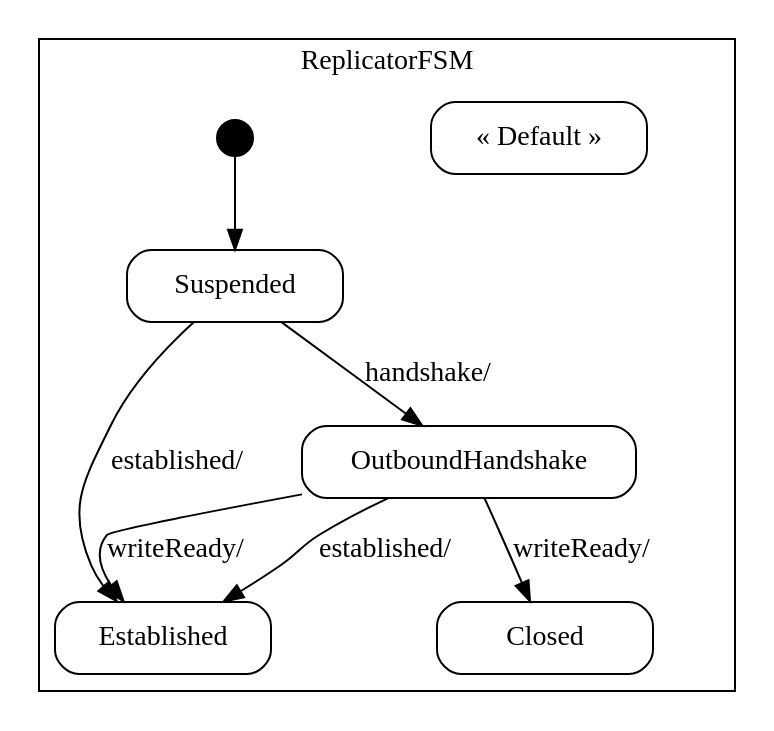
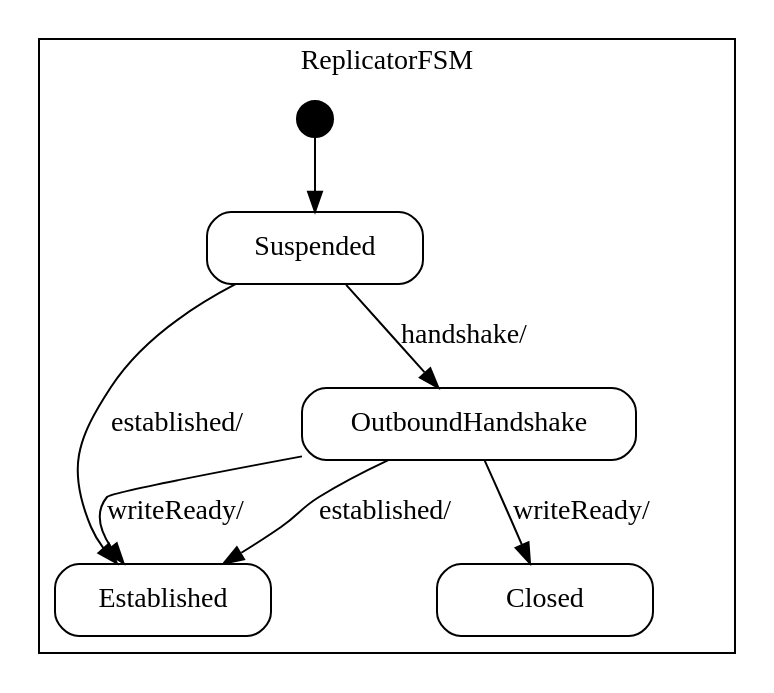
One commit to vmehra-sfdc/Ouroboros changed the diagram in spindle/doc/Replicator_sm.dot. Above: the diagram before and after it, drawn with Graphviz. The commit also changed 37 other files, not shown here.

```diff
--- a/spindle/doc/Replicator_sm.dot
+++ b/spindle/doc/Replicator_sm.dot
@@ -1,54 +1,51 @@
-digraph Replicator_sm {
+digraph Replicator {
 
     node
         [shape=Mrecord width=1.5];
 
     subgraph cluster_ReplicatorFSM {
 
         label="ReplicatorFSM";
 
         //
         // States (Nodes)
         //
 
         "ReplicatorFSM::Suspended"
             [label="{Suspended}"];
 
         "ReplicatorFSM::Established"
             [label="{Established}"];
 
         "ReplicatorFSM::OutboundHandshake"
             [label="{OutboundHandshake}"];
 
         "ReplicatorFSM::Closed"
             [label="{Closed}"];
-
-        "ReplicatorFSM::DefaultState"
-            [label="{&laquo; Default &raquo;}"];
 
         "%start"
             [label="" shape=circle style=filled fillcolor=black width=0.25];
 
         //
         // Transitions (Edges)
         //
 
         "ReplicatorFSM::Suspended" -> "ReplicatorFSM::Established"
             [label="established/\l"];
 
         "ReplicatorFSM::Suspended" -> "ReplicatorFSM::OutboundHandshake"
             [label="handshake/\l"];
 
         "ReplicatorFSM::OutboundHandshake" -> "ReplicatorFSM::Closed"
             [label="writeReady/\l"];
 
         "ReplicatorFSM::OutboundHandshake" -> "ReplicatorFSM::Established"
             [label="writeReady/\l"];
 
         "ReplicatorFSM::OutboundHandshake" -> "ReplicatorFSM::Established"
             [label="established/\l"];
 
         "%start" -> "ReplicatorFSM::Suspended"
     }
 
 }
```
